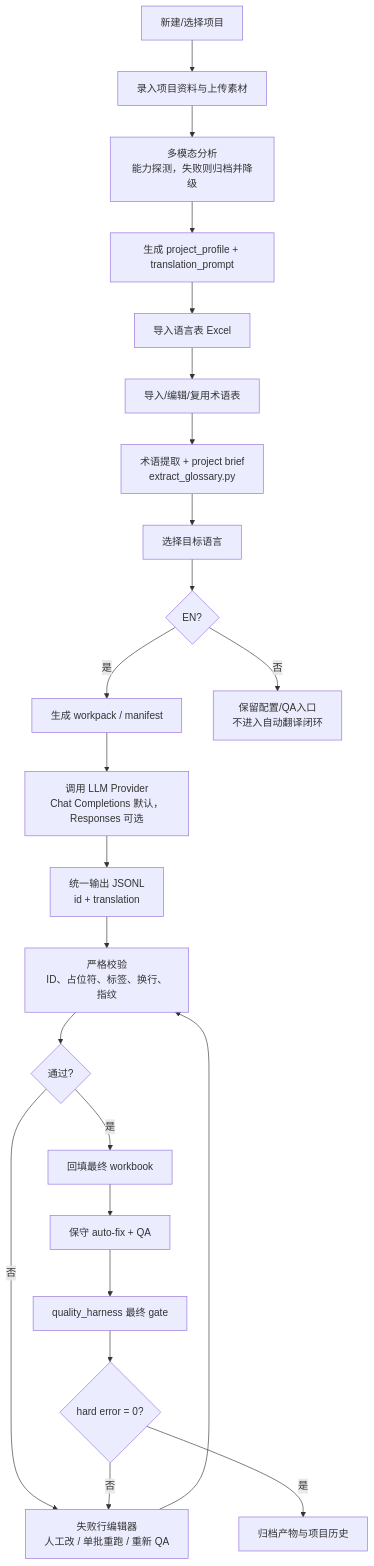
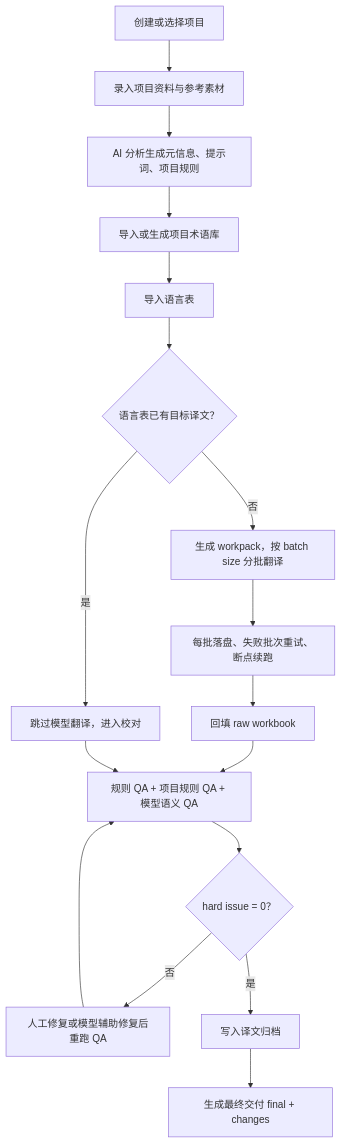
Before and after one commit to zhangzeyu99-web/localization-workflow-studio: the diagram in README.md, drawn with Mermaid. The commit also changed other lines of this file and 9 other files, not shown here.

````diff
--- a/README.md
+++ b/README.md
@@ -47,25 +29,19 @@
 ```mermaid
 flowchart TD
-  A["新建/选择项目"] --> B["录入项目资料与上传素材"]
-  B --> C["多模态分析<br/>能力探测，失败则归档并降级"]
-  C --> D["生成 project_profile + translation_prompt"]
-  D --> E["导入语言表 Excel"]
-  E --> F["导入/编辑/复用术语表"]
-  F --> G["术语提取 + project brief<br/>extract_glossary.py"]
-  G --> H["选择目标语言"]
-  H --> I{"EN?"}
-  I -- "是" --> J["生成 workpack / manifest"]
-  J --> K["调用 LLM Provider<br/>Chat Completions 默认，Responses 可选"]
-  K --> L["统一输出 JSONL<br/>id + translation"]
-  L --> M["严格校验<br/>ID、占位符、标签、换行、指纹"]
-  M --> N{"通过?"}
-  N -- "否" --> O["失败行编辑器<br/>人工改 / 单批重跑 / 重新 QA"]
-  O --> M
-  N -- "是" --> P["回填最终 workbook"]
-  P --> Q["保守 auto-fix + QA"]
-  Q --> R["quality_harness 最终 gate"]
-  R --> S{"hard error = 0?"}
-  S -- "否" --> O
-  S -- "是" --> T["归档产物与项目历史"]
-  I -- "否" --> U["保留配置/QA入口<br/>不进入自动翻译闭环"]
+  A["创建或选择项目"] --> B["录入项目资料与参考素材"]
+  B --> C["AI 分析生成元信息、提示词、项目规则"]
+  C --> D["导入或生成项目术语库"]
+  D --> E["导入语言表"]
+  E --> F{"语言表已有目标译文？"}
+  F -- "是" --> G["跳过模型翻译，进入校对"]
+  F -- "否" --> H["生成 workpack，按 batch size 分批翻译"]
+  H --> I["每批落盘、失败批次重试、断点续跑"]
+  I --> J["回填 raw workbook"]
+  J --> K["规则 QA + 项目规则 QA + 模型语义 QA"]
+  G --> K
+  K --> L{"hard issue = 0？"}
+  L -- "否" --> M["人工修复或模型辅助修复后重跑 QA"]
+  M --> K
+  L -- "是" --> N["写入译文归档"]
+  N --> O["生成最终交付 final + changes"]
 ```
````
